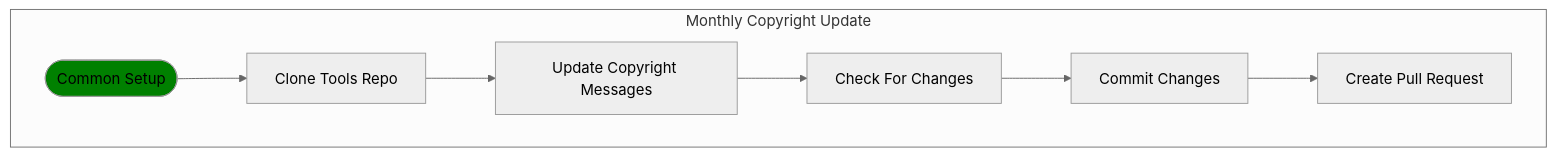
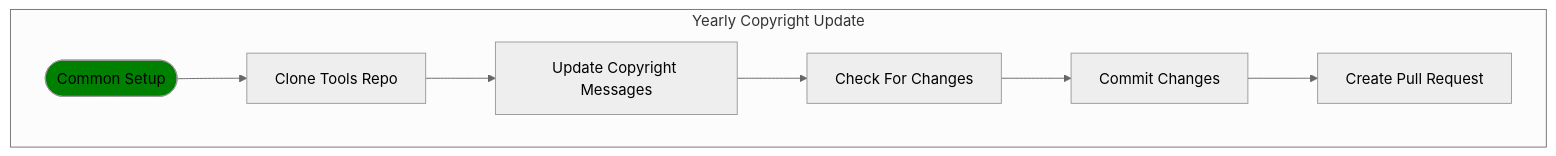
One commit to 51Degrees/common-ci changed the eighth of 8 diagrams in README.md. Above: the diagram before and after it, drawn with Mermaid (neutral theme). The commit also changed other lines of this file and 3 other files, not shown here.

First line of the commit message:
Name the copyright update for running yearly, on 1 January

````diff
--- a/README.md
+++ b/README.md
@@ -244,14 +244,14 @@
 ``` mermaid
 graph LR
 classDef green fill:green;
-  subgraph "Monthly Copyright Update"
+  subgraph "Yearly Copyright Update"
     direction LR
     A([Common Setup]):::green
     B[Clone Tools Repo]
     C[Update Copyright Messages]
     D[Check For Changes]
     E[Commit Changes]
     F[Create Pull Request]
     A-->B-->C-->D-->E-->F
   end
 ```
````
